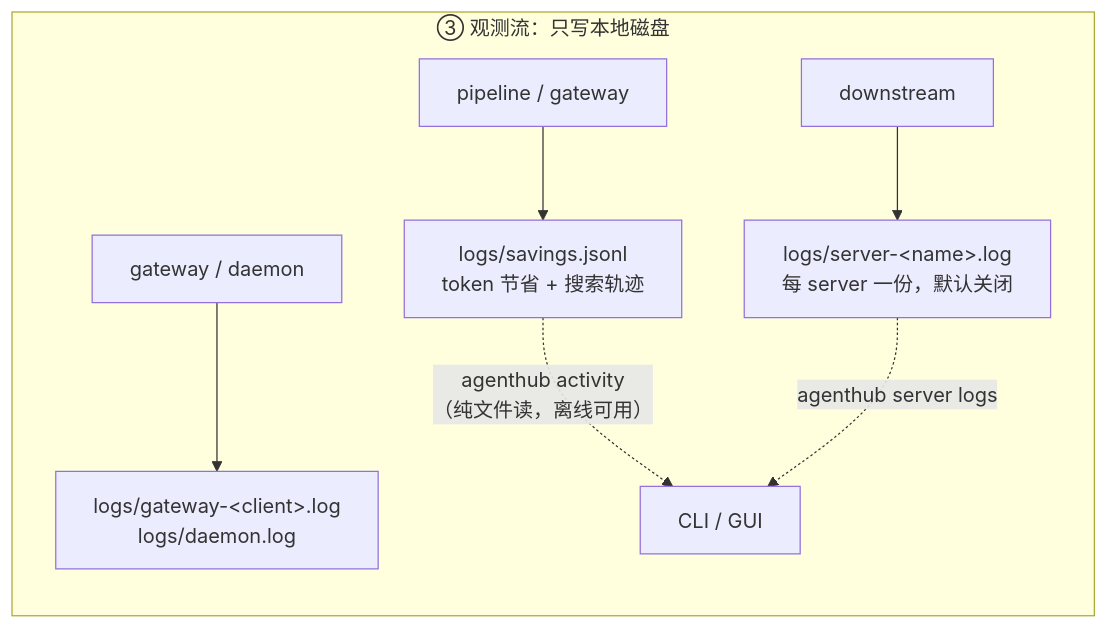
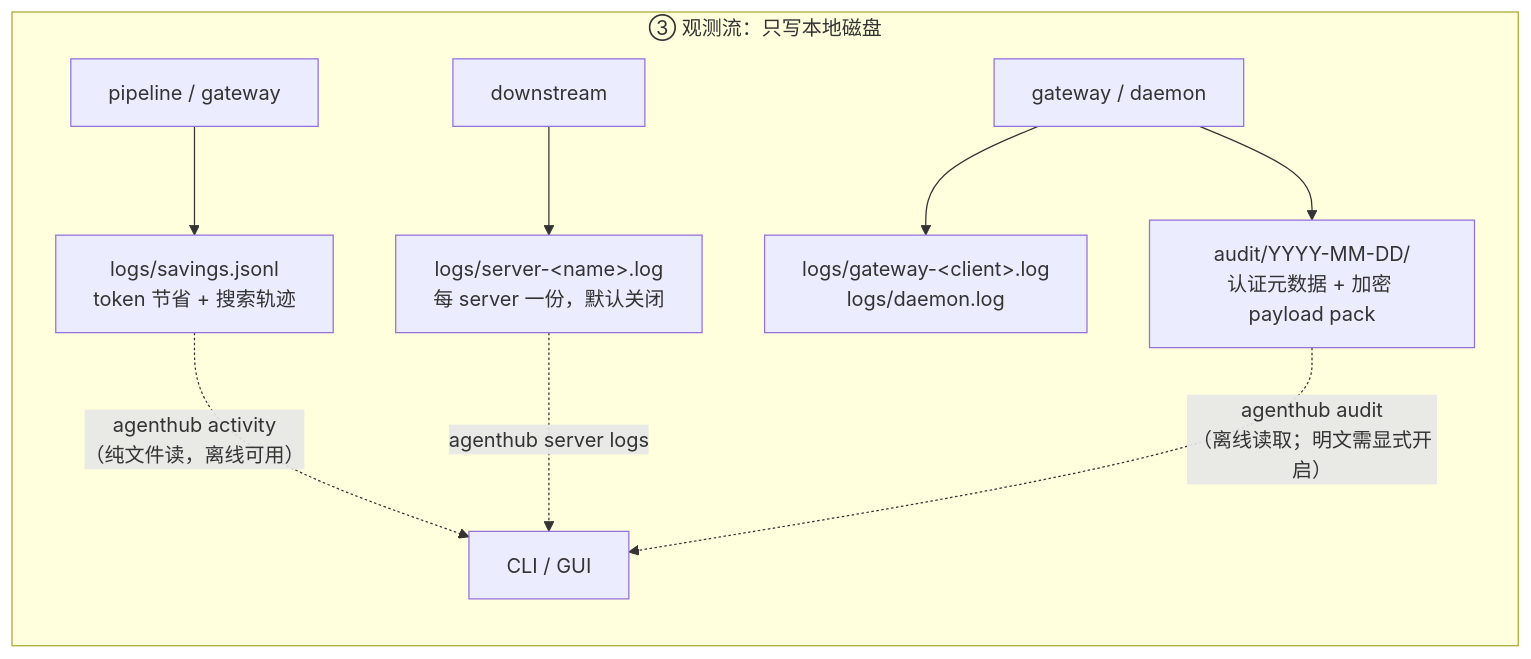
The sixth of 8 diagrams in docs/zh-CN/architecture.md (dinstein/agent-hub), drawn with Mermaid before and after one commit. The commit also changed other lines of this file and 11 other files, not shown here.

````diff
--- a/docs/zh-CN/architecture.md
+++ b/docs/zh-CN/architecture.md
@@ -249,10 +257,12 @@
 ```mermaid
 flowchart LR
     subgraph obs["③ 观测流：只写本地磁盘"]
         P["pipeline / gateway"] --> A3["logs/savings.jsonl<br/>token 节省 + 搜索轨迹"]
         DSX["downstream"] --> A4["logs/server-&lt;name&gt;.log<br/>每 server 一份，默认关闭"]
         GW["gateway / daemon"] --> A5["logs/gateway-&lt;client&gt;.log<br/>logs/daemon.log"]
+        GW --> A6["audit/YYYY-MM-DD/<br/>认证元数据 + 加密 payload pack"]
         A3 -.->|"agenthub activity<br/>（纯文件读，离线可用）"| F["CLI / GUI"]
         A4 -.->|"agenthub server logs"| F
+        A6 -.->|"agenthub audit<br/>（离线读取；明文需显式开启）"| F
     end
 ```
````
